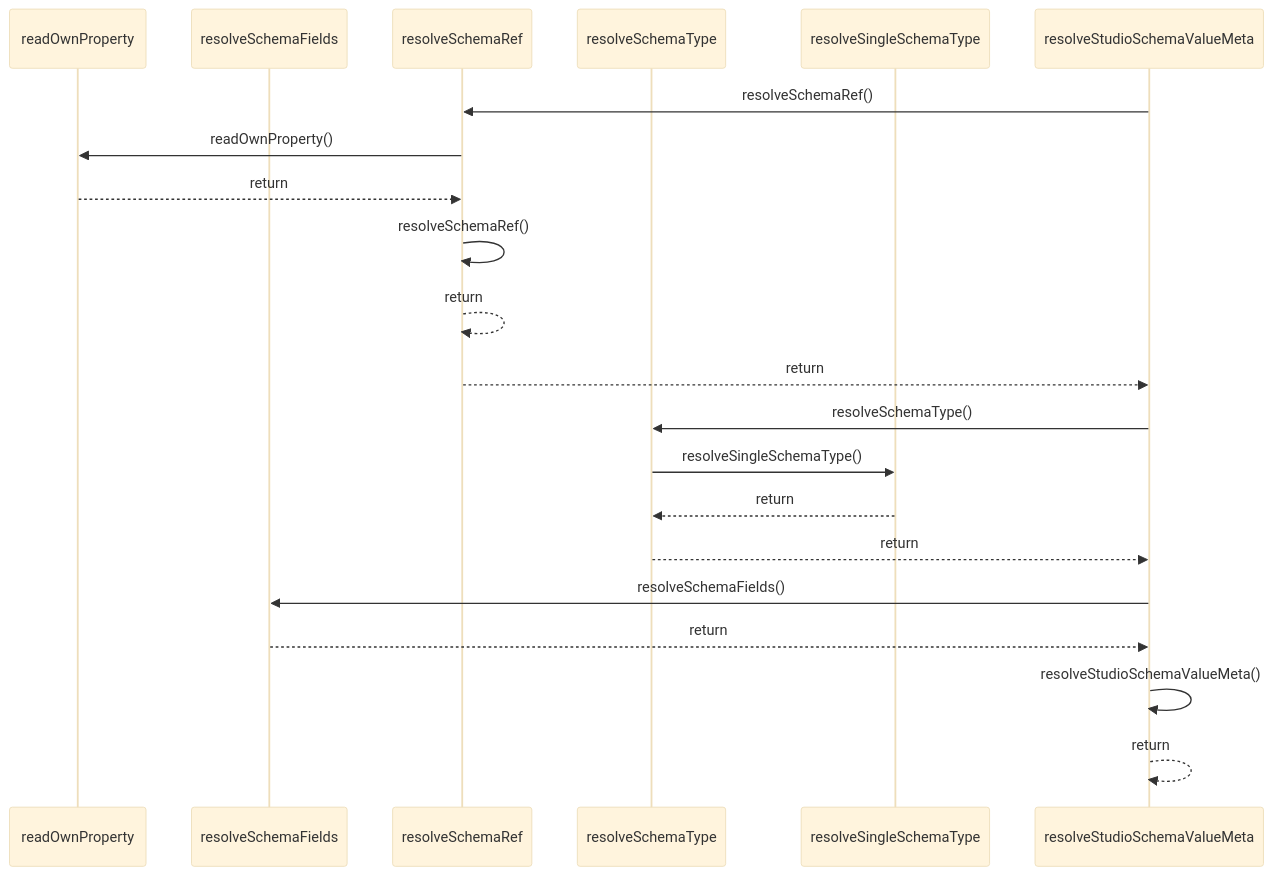
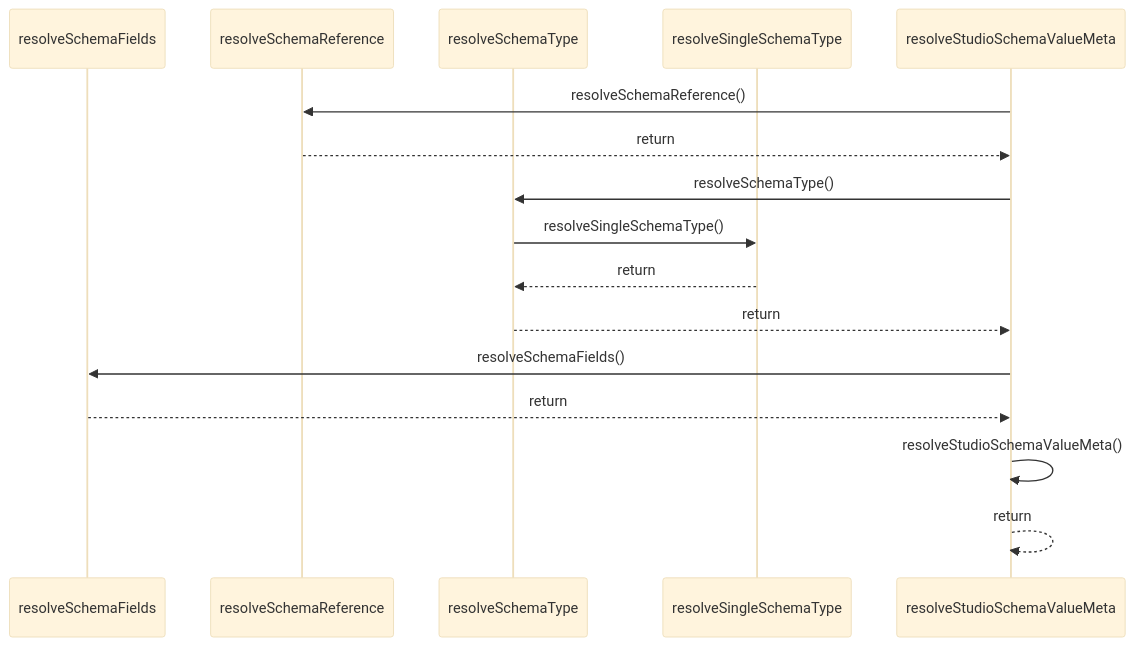
Before and after one commit to ankhorage/studio: the diagram in paradox/diagrams/sequences/resolve-studio-schema-value-meta.mmd, drawn with Mermaid (base theme). The commit also changed 36 other files, not shown here.

```diff
--- a/paradox/diagrams/sequences/resolve-studio-schema-value-meta.mmd
+++ b/paradox/diagrams/sequences/resolve-studio-schema-value-meta.mmd
@@ -1,21 +1,16 @@
 sequenceDiagram
-  participant participant_readOwnProperty as readOwnProperty
   participant participant_resolveSchemaFields as resolveSchemaFields
-  participant participant_resolveSchemaRef as resolveSchemaRef
+  participant participant_resolveSchemaReference as resolveSchemaReference
   participant participant_resolveSchemaType as resolveSchemaType
   participant participant_resolveSingleSchemaType as resolveSingleSchemaType
   participant participant_resolveStudioSchemaValueMeta as resolveStudioSchemaValueMeta
-  participant_resolveStudioSchemaValueMeta->>participant_resolveSchemaRef: resolveSchemaRef()
-  participant_resolveSchemaRef->>participant_readOwnProperty: readOwnProperty()
-  participant_readOwnProperty-->>participant_resolveSchemaRef: return
-  participant_resolveSchemaRef->>participant_resolveSchemaRef: resolveSchemaRef()
-  participant_resolveSchemaRef-->>participant_resolveSchemaRef: return
-  participant_resolveSchemaRef-->>participant_resolveStudioSchemaValueMeta: return
+  participant_resolveStudioSchemaValueMeta->>participant_resolveSchemaReference: resolveSchemaReference()
+  participant_resolveSchemaReference-->>participant_resolveStudioSchemaValueMeta: return
   participant_resolveStudioSchemaValueMeta->>participant_resolveSchemaType: resolveSchemaType()
   participant_resolveSchemaType->>participant_resolveSingleSchemaType: resolveSingleSchemaType()
   participant_resolveSingleSchemaType-->>participant_resolveSchemaType: return
   participant_resolveSchemaType-->>participant_resolveStudioSchemaValueMeta: return
   participant_resolveStudioSchemaValueMeta->>participant_resolveSchemaFields: resolveSchemaFields()
   participant_resolveSchemaFields-->>participant_resolveStudioSchemaValueMeta: return
   participant_resolveStudioSchemaValueMeta->>participant_resolveStudioSchemaValueMeta: resolveStudioSchemaValueMeta()
   participant_resolveStudioSchemaValueMeta-->>participant_resolveStudioSchemaValueMeta: return
```
